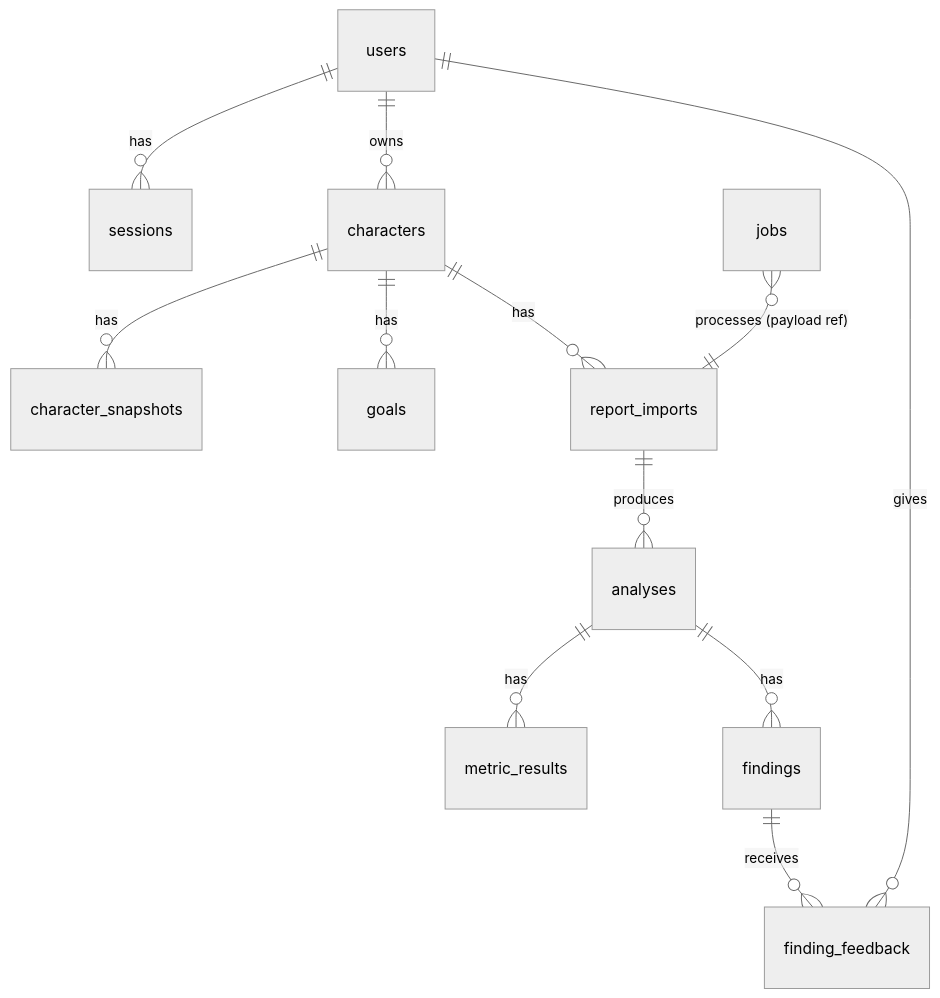
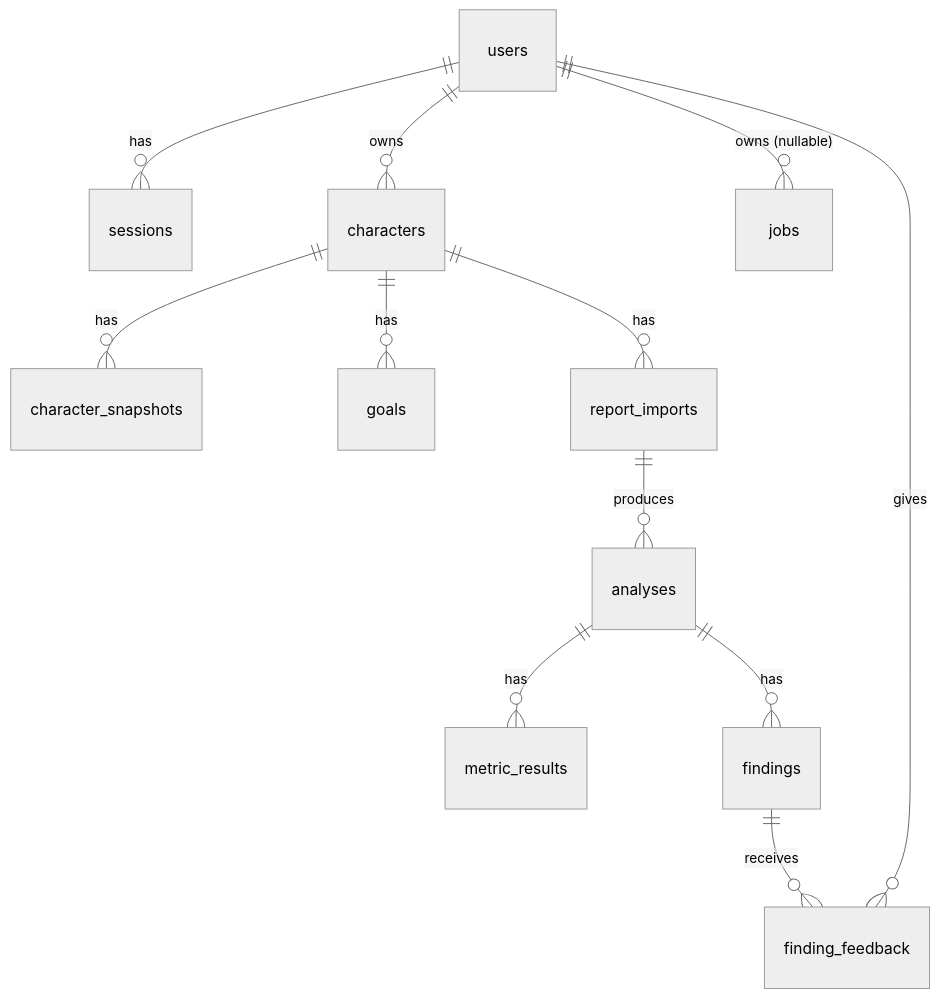
Before and after one commit to NickolisK24/wow-ascend: the diagram in docs/architecture/DATA_MODEL.md, drawn with Mermaid (neutral theme). The commit also changed other lines of this file and 16 other files, not shown here.

````diff
--- a/docs/architecture/DATA_MODEL.md
+++ b/docs/architecture/DATA_MODEL.md
@@ -37,14 +37,14 @@
 ```mermaid
 erDiagram
   users ||--o{ sessions : has
   users ||--o{ characters : owns
   characters ||--o{ character_snapshots : has
   characters ||--o{ goals : has
   characters ||--o{ report_imports : has
   report_imports ||--o{ analyses : produces
   analyses ||--o{ metric_results : has
   analyses ||--o{ findings : has
   findings ||--o{ finding_feedback : receives
   users ||--o{ finding_feedback : gives
-  jobs }o--|| report_imports : "processes (payload ref)"
+  users ||--o{ jobs : "owns (nullable)"
 ```
````
